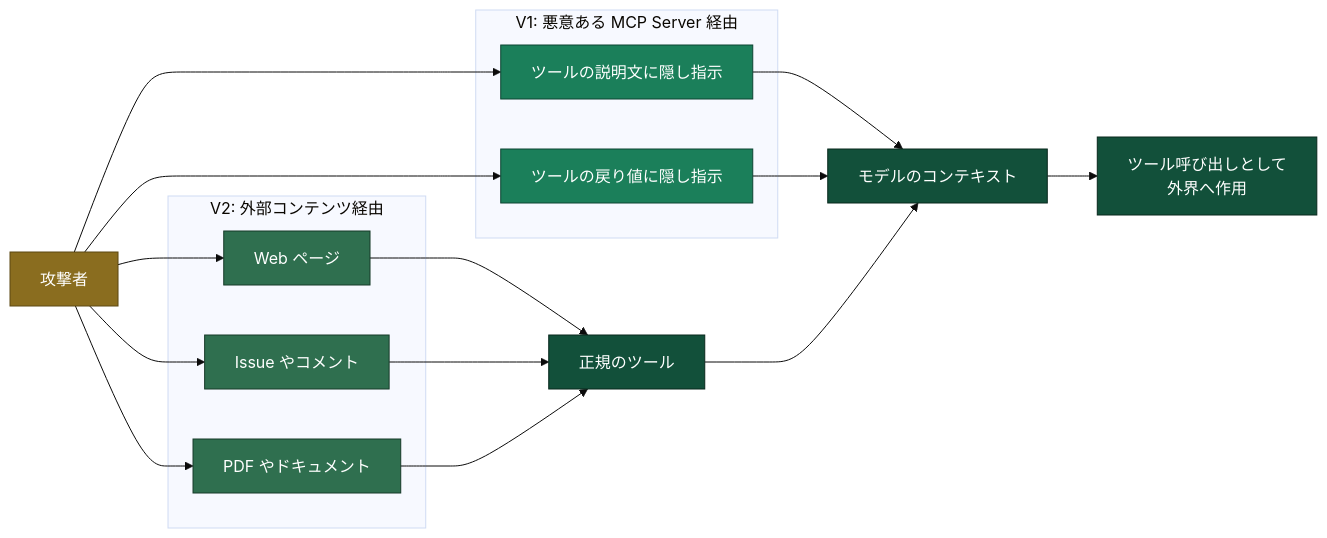
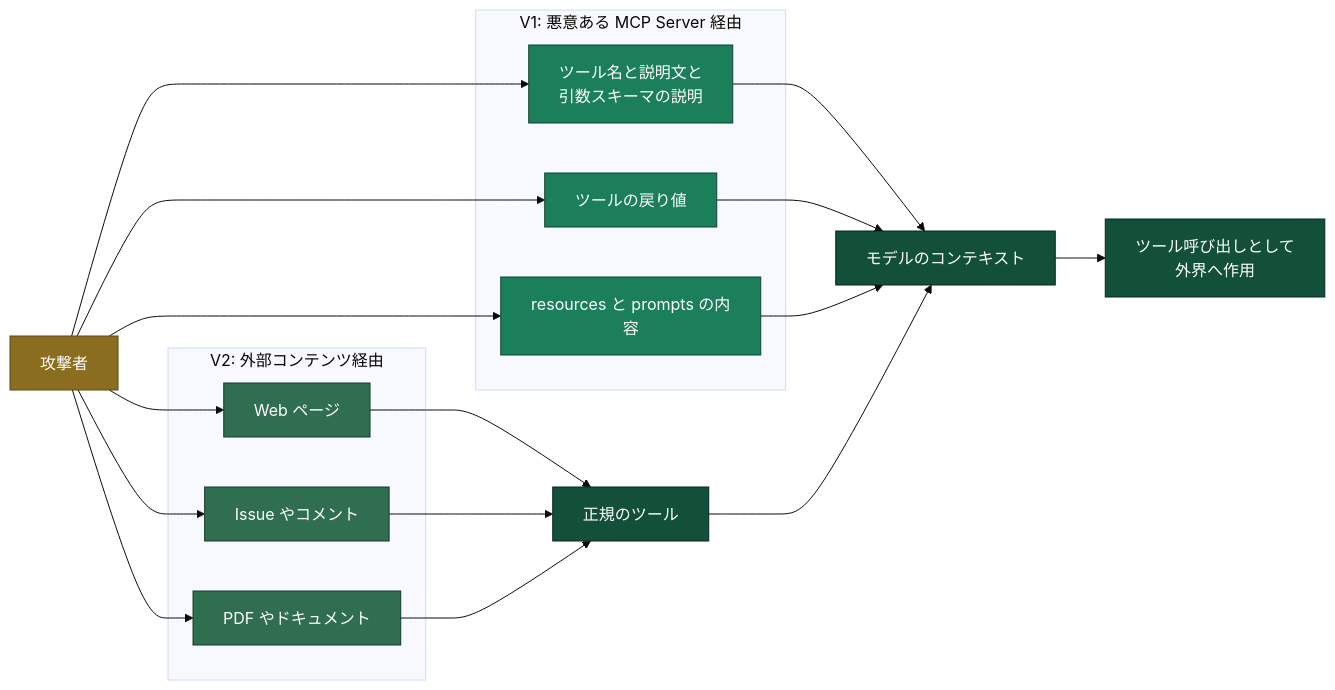
Before and after one commit to littlemex/zenn: the first of 3 diagrams in articles/0f467b2807e1fc.md, drawn with Mermaid (base theme). The commit also changed other lines of this file, not shown here.

````diff
--- a/articles/0f467b2807e1fc.md
+++ b/articles/0f467b2807e1fc.md
@@ -51,38 +55,41 @@
 ```mermaid
 graph LR
     ATK[攻撃者]
 
     subgraph V1["V1: 悪意ある MCP Server 経由"]
-        S1[ツールの説明文に隠し指示]
-        S2[ツールの戻り値に隠し指示]
+        S1[ツール名と説明文と<br/>引数スキーマの説明]
+        S2[ツールの戻り値]
+        S3[resources と prompts の内容]
     end
 
     subgraph V2["V2: 外部コンテンツ経由"]
         W1[Web ページ]
         W2[Issue やコメント]
         W3[PDF やドキュメント]
     end
 
     ATK --> S1
     ATK --> S2
+    ATK --> S3
     ATK --> W1
     ATK --> W2
     ATK --> W3
 
     S1 --> M[モデルのコンテキスト]
     S2 --> M
+    S3 --> M
     W1 --> T[正規のツール]
     W2 --> T
     W3 --> T
     T --> M
     M --> ACT[ツール呼び出しとして<br/>外界へ作用]
 
     classDef atk fill:#8a6d1f,stroke:#5c4813,color:#ffffff
     classDef v1 fill:#1b7f5a,stroke:#0d4433,color:#ffffff
     classDef v2 fill:#2f6f4f,stroke:#173a29,color:#ffffff
     classDef core fill:#12503a,stroke:#08281d,color:#ffffff
     class ATK atk
-    class S1,S2 v1
+    class S1,S2,S3 v1
     class W1,W2,W3 v2
     class M,T,ACT core
 ```
````
